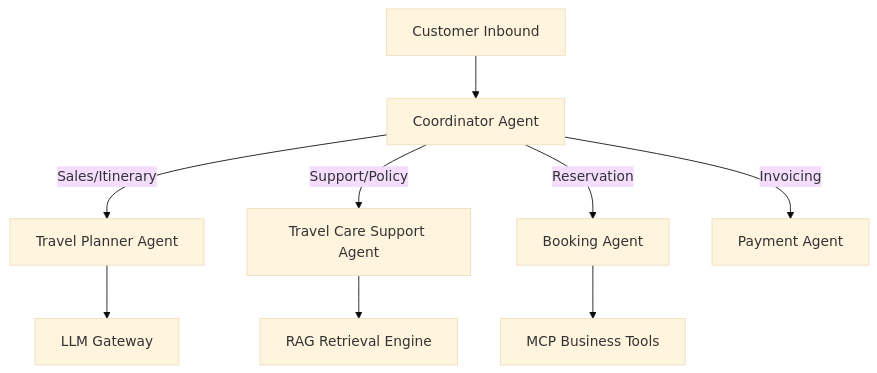
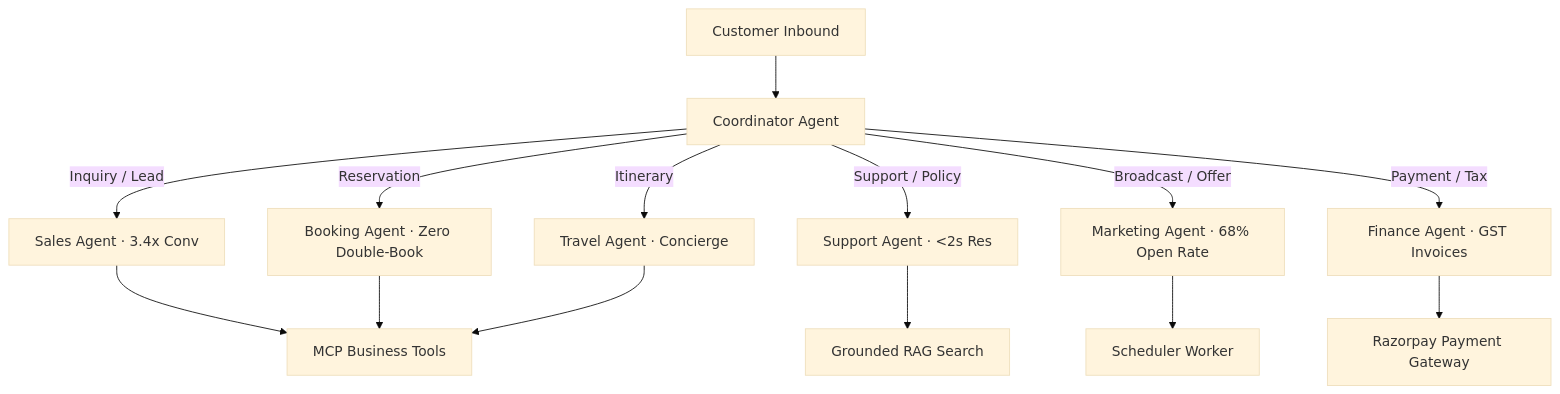
The diagram in docs/07-Agentic-AI-Architecture.md (AnupamaJain/BusinessOS-AI), drawn with Mermaid (base theme) before and after one commit. The commit also changed other lines of this file and 13 other files, not shown here.

````diff
--- a/docs/07-Agentic-AI-Architecture.md
+++ b/docs/07-Agentic-AI-Architecture.md
@@ -5,12 +5,18 @@
 ```mermaid
 graph TD
     User[Customer Inbound] --> Coord[Coordinator Agent]
-    Coord -->|Sales/Itinerary| TravelPlanner[Travel Planner Agent]
-    Coord -->|Support/Policy| TravelSupport[Travel Care Support Agent]
-    Coord -->|Reservation| BookingAgent[Booking Agent]
-    Coord -->|Invoicing| PaymentAgent[Payment Agent]
+    
+    Coord -->|Inquiry / Lead| Sales[Sales Agent · 3.4x Conv]
+    Coord -->|Support / Policy| Support[Support Agent · <2s Res]
+    Coord -->|Reservation| Booking[Booking Agent · Zero Double-Book]
+    Coord -->|Broadcast / Offer| Marketing[Marketing Agent · 68% Open Rate]
+    Coord -->|Payment / Tax| Finance[Finance Agent · GST Invoices]
+    Coord -->|Itinerary| Travel[Travel Agent · Concierge]
 
-    TravelPlanner --> LLMGateway[LLM Gateway]
-    TravelSupport --> RAG[RAG Retrieval Engine]
-    BookingAgent --> MCP[MCP Business Tools]
+    Sales --> MCP[MCP Business Tools]
+    Support --> RAG[Grounded RAG Search]
+    Booking --> MCP
+    Marketing --> Scheduler[Scheduler Worker]
+    Finance --> Gateway[Razorpay Payment Gateway]
+    Travel --> MCP
 ```
````
